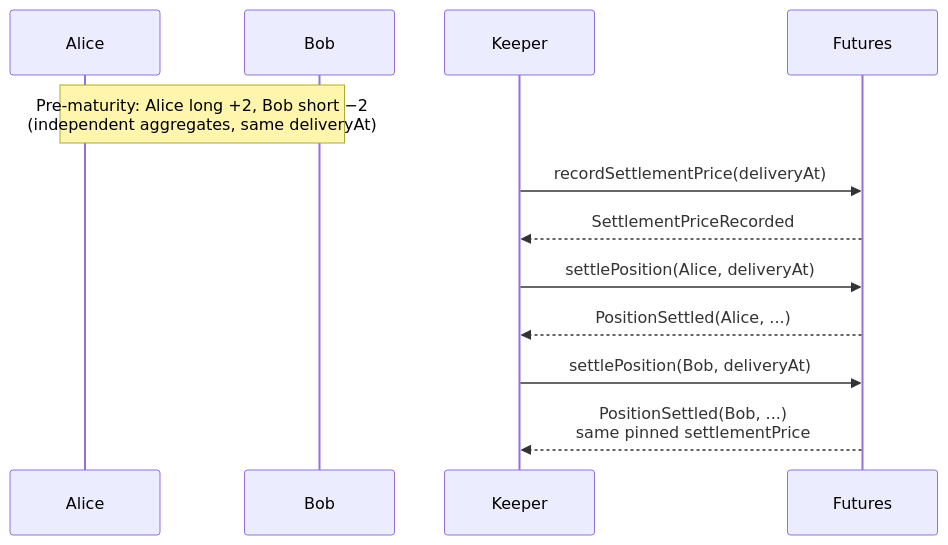
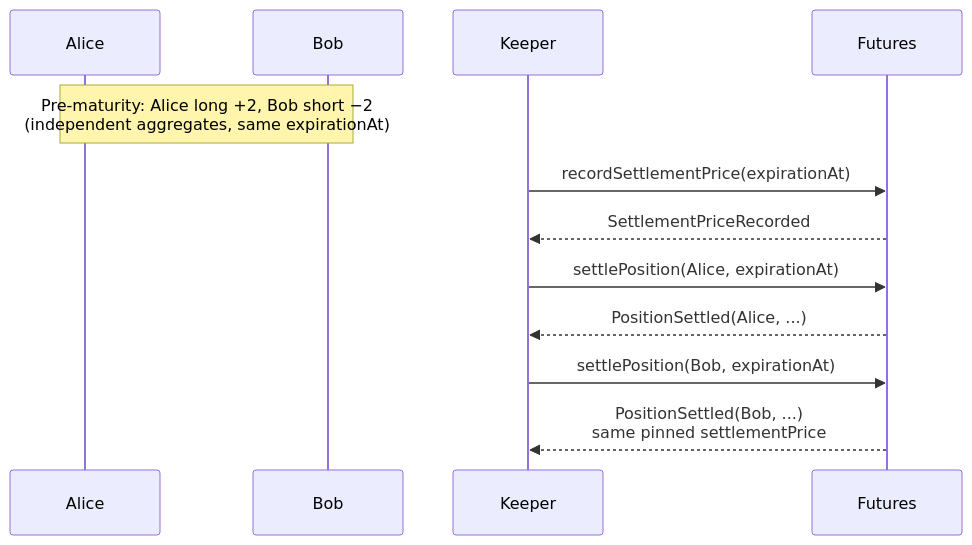
Before and after one commit to Lumerin-protocol/futures-marketplace: the third of 3 diagrams in docs/05.Delivery-Settlement.md, drawn with Mermaid. The commit also changed other lines of this file and 86 other files, not shown here.

First line of the commit message:
refactor(futures): rename deliveryAt to expirationAt; align margin getters

````diff
--- a/docs/05.Delivery-Settlement.md
+++ b/docs/05.Delivery-Settlement.md
@@ -146,15 +146,15 @@
 ```mermaid
 sequenceDiagram
   participant Alice
   participant Bob
   participant Keeper
   participant Futures
 
-  Note over Alice,Bob: Pre-maturity: Alice long +2, Bob short −2<br/>(independent aggregates, same deliveryAt)
-  Keeper->>Futures: recordSettlementPrice(deliveryAt)
+  Note over Alice,Bob: Pre-maturity: Alice long +2, Bob short −2<br/>(independent aggregates, same expirationAt)
+  Keeper->>Futures: recordSettlementPrice(expirationAt)
   Futures-->>Keeper: SettlementPriceRecorded
-  Keeper->>Futures: settlePosition(Alice, deliveryAt)
+  Keeper->>Futures: settlePosition(Alice, expirationAt)
   Futures-->>Keeper: PositionSettled(Alice, ...)
-  Keeper->>Futures: settlePosition(Bob, deliveryAt)
+  Keeper->>Futures: settlePosition(Bob, expirationAt)
   Futures-->>Keeper: PositionSettled(Bob, ...)<br/>same pinned settlementPrice
 ```
````
